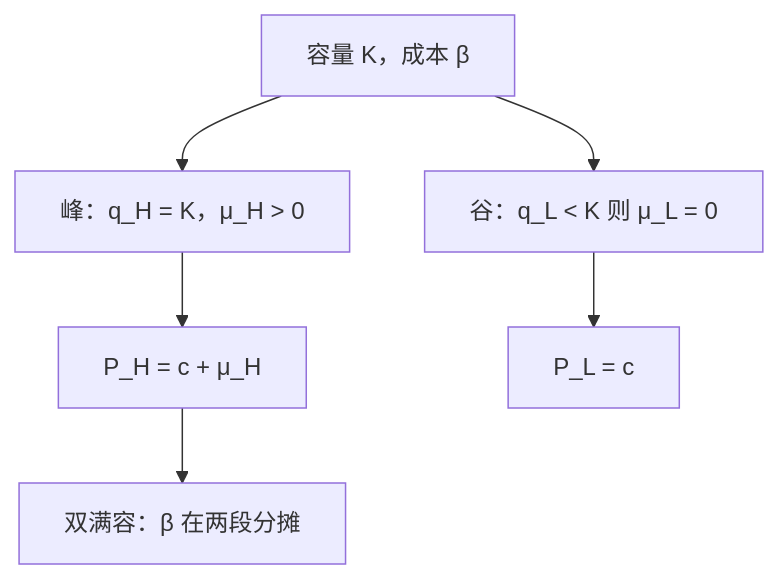
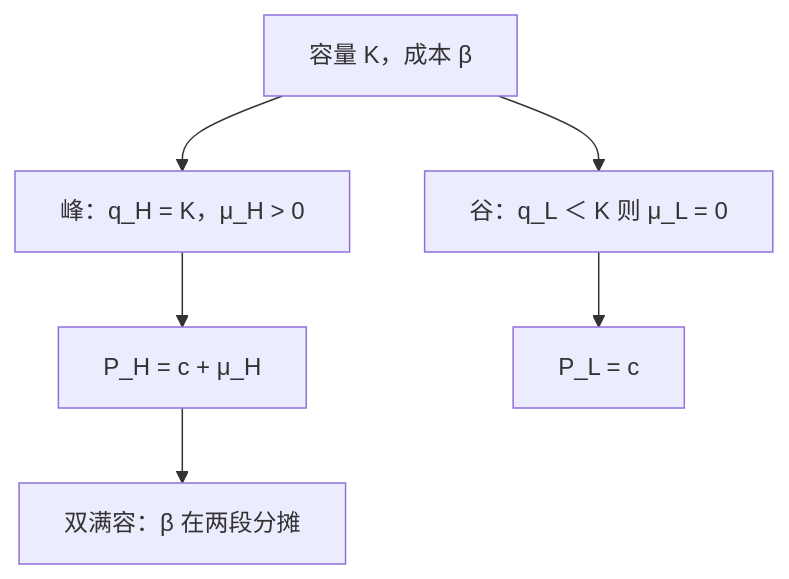
The diagram in docs/econ/peak-load-pricing.md (xhongduo-tech/xhongduo-tech.github.io), drawn with Mermaid before and after one commit. The commit also changed other lines of this file and 772 other files, not shown here.

````diff
--- a/docs/econ/peak-load-pricing.md
+++ b/docs/econ/peak-load-pricing.md
@@ -36,8 +36,8 @@
 ```mermaid
 flowchart TD
   CAP["容量 K，成本 β"] --> PK["峰：q_H = K，μ_H > 0"]
-  CAP --> OF["谷：q_L < K 则 μ_L = 0"]
+  CAP --> OF["谷：q_L ＜ K 则 μ_L = 0"]
   PK --> PH["P_H = c + μ_H"]
   OF --> PL["P_L = c"]
   PH --> SHIFT["双满容：β 在两段分摊"]
 ```
````
